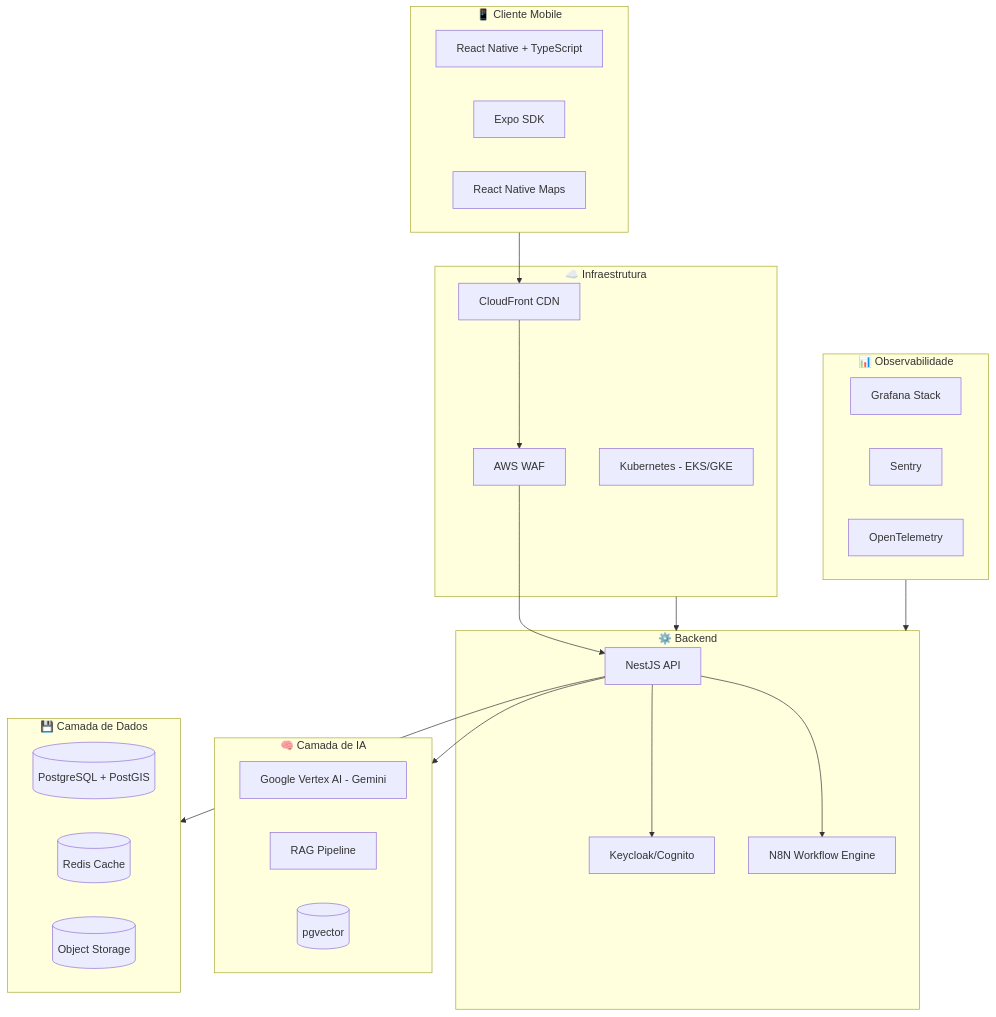
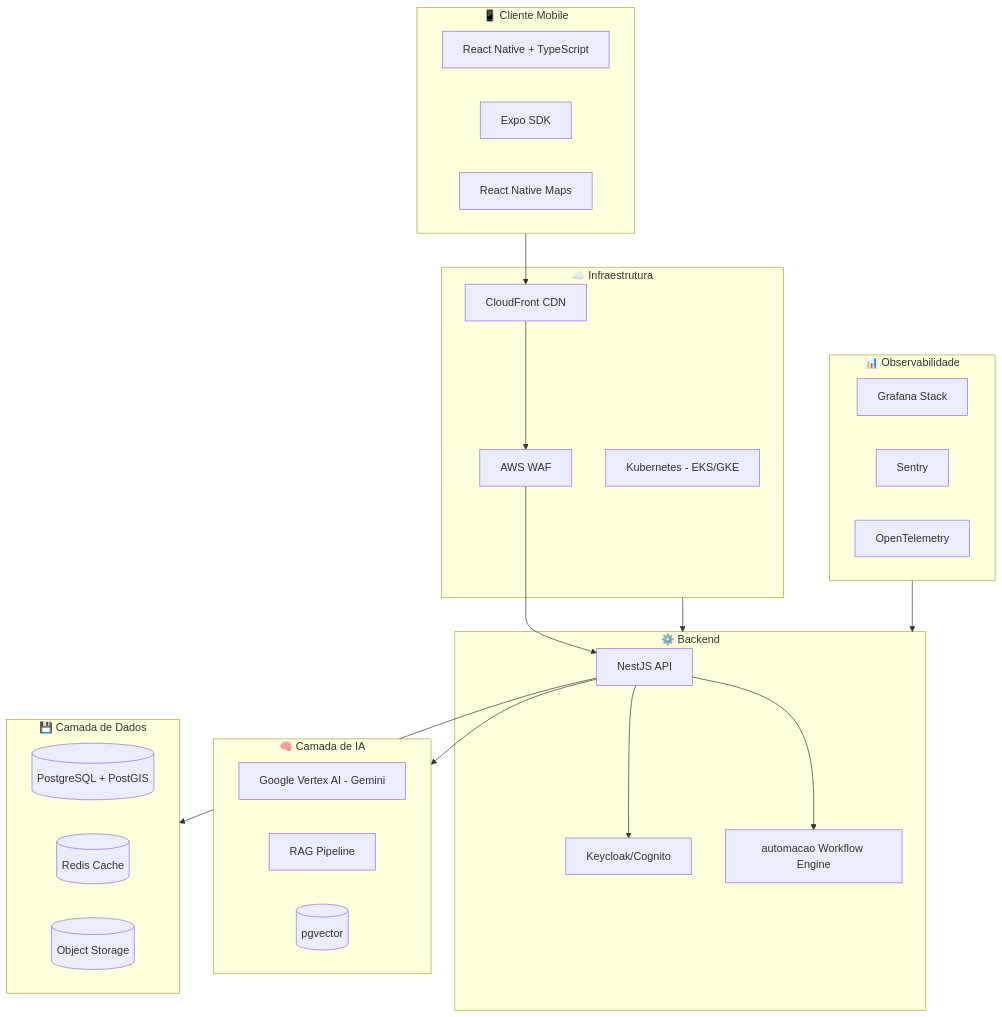
The third of 33 diagrams in docs/ESCOPO_E_ARQUITETURA_CAMARA_NA_MAO.md (MTechnologia/camana-na-mao), drawn with Mermaid before and after one commit. The commit also changed other lines of this file and 77 other files, not shown here.

````diff
--- a/docs/ESCOPO_E_ARQUITETURA_CAMARA_NA_MAO.md
+++ b/docs/ESCOPO_E_ARQUITETURA_CAMARA_NA_MAO.md
@@ -219,48 +219,48 @@
 ```mermaid
 flowchart TB
     subgraph Cliente["📱 Cliente Mobile"]
         RN[React Native + TypeScript]
         Expo[Expo SDK]
         Maps[React Native Maps]
     end
 
     subgraph Backend["⚙️ Backend"]
         API[NestJS API]
         Auth[Keycloak/Cognito]
-        N8N[N8N Workflow Engine]
+        automacao[automacao Workflow Engine]
     end
 
     subgraph IA["🧠 Camada de IA"]
         Gemini[Google Vertex AI - Gemini]
         RAG[RAG Pipeline]
         Vector[(pgvector)]
     end
 
     subgraph Dados["💾 Camada de Dados"]
         PG[(PostgreSQL + PostGIS)]
         Redis[(Redis Cache)]
         S3[(Object Storage)]
     end
 
     subgraph Infra["☁️ Infraestrutura"]
         K8s[Kubernetes - EKS/GKE]
         CDN[CloudFront CDN]
         WAF[AWS WAF]
     end
 
     subgraph Observabilidade["📊 Observabilidade"]
         Grafana[Grafana Stack]
         Sentry[Sentry]
         OTel[OpenTelemetry]
     end
 
     Cliente --> CDN
     CDN --> WAF
     WAF --> API
     API --> Auth
     API --> IA
     API --> Dados
-    API --> N8N
+    API --> automacao
     Infra --> Backend
     Observabilidade --> Backend
 ```
````
